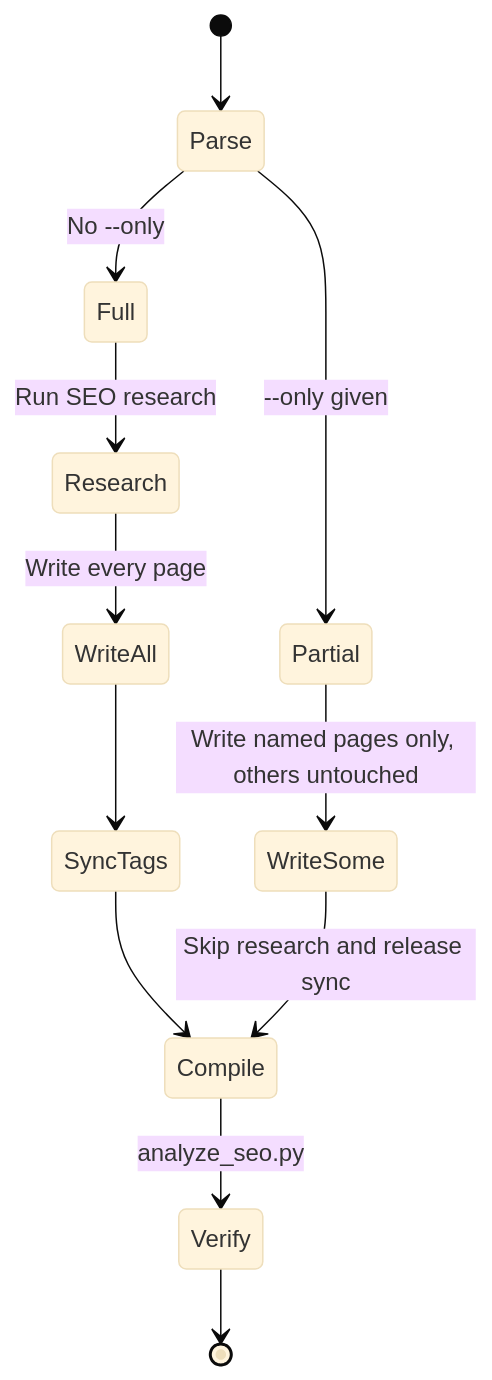
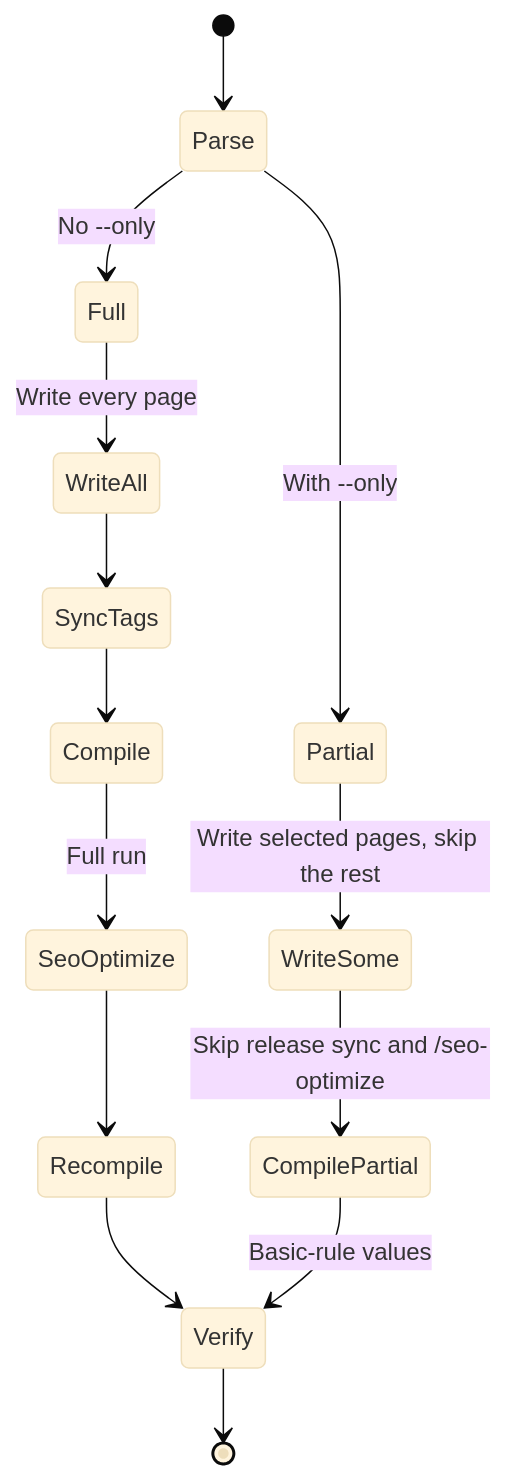
The ninth of 9 diagrams in doc/architecture.md (agenvoy/skill-wiki-generate), drawn with Mermaid (base theme) before and after one commit. The commit also changed other lines of this file and 13 other files, not shown here.

Commit message:
breaking: Delegate SEO to /seo-optimize and remove built-in SEO scripts

````diff
--- a/doc/architecture.md
+++ b/doc/architecture.md
@@ -160,14 +187,16 @@
 ```mermaid
 stateDiagram-v2
     [*] --> Parse
     Parse --> Full: No --only
-    Parse --> Partial: --only given
-    Full --> Research: Run SEO research
-    Research --> WriteAll: Write every page
+    Parse --> Partial: With --only
+    Full --> WriteAll: Write every page
     WriteAll --> SyncTags
     SyncTags --> Compile
-    Partial --> WriteSome: Write named pages only, others untouched
-    WriteSome --> Compile: Skip research and release sync
-    Compile --> Verify: analyze_seo.py
+    Compile --> SeoOptimize: Full run
+    SeoOptimize --> Recompile
+    Recompile --> Verify
+    Partial --> WriteSome: Write selected pages, skip the rest
+    WriteSome --> CompilePartial: Skip release sync and /seo-optimize
+    CompilePartial --> Verify: Basic-rule values
     Verify --> [*]
 ```
````
